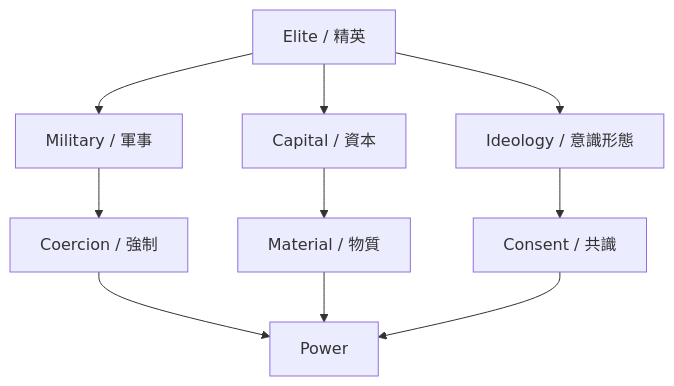
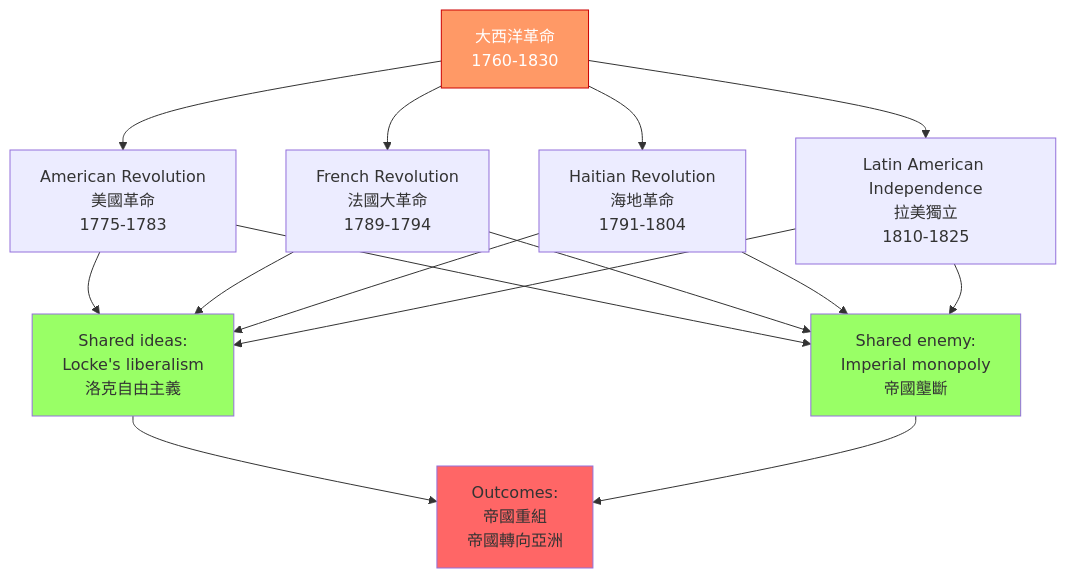
One commit to yip-lgtm/HKU-Harvard-History-Self-Study changed the seventh of 10 diagrams in 01_HKU_Courses/HIST2229_Global_Atlantic_revolutions.md. Above: the diagram before and after it, drawn with Mermaid. The commit also changed other lines of this file and 8 other files, not shown here.

````diff
--- a/01_HKU_Courses/HIST2229_Global_Atlantic_revolutions.md
+++ b/01_HKU_Courses/HIST2229_Global_Atlantic_revolutions.md
@@ -382,12 +439,21 @@
 ```mermaid
 graph TD
-    A[Elite / 精英] --> B[Military / 軍事]
-    A --> C[Capital / 資本]
-    A --> D[Ideology / 意識形態]
-    B --> E[Coercion / 強制]
-    C --> F[Material / 物質]
-    D --> G[Consent / 共識]
-    E --> H[Power]
-    F --> H
+    A[大西洋革命<br/>1760-1830] --> B[American Revolution<br/>美國革命<br/>1775-1783]
+    A --> C[French Revolution<br/>法國大革命<br/>1789-1794]
+    A --> D[Haitian Revolution<br/>海地革命<br/>1791-1804]
+    A --> E[Latin American Independence<br/>拉美獨立<br/>1810-1825]
+    B --> F[Shared ideas:<br/>Locke's liberalism<br/>洛克自由主義]
+    C --> F
+    D --> F
+    E --> F
+    B --> G[Shared enemy:<br/>Imperial monopoly<br/>帝國壟斷]
+    C --> G
+    D --> G
+    E --> G
+    F --> H[Outcomes:<br/>帝國重組<br/>帝國轉向亞洲]
     G --> H
+    style A fill:#f96,stroke:#c00,color:#fff
+    style F fill:#9f6
+    style G fill:#9f6
+    style H fill:#f66
 ```
````
